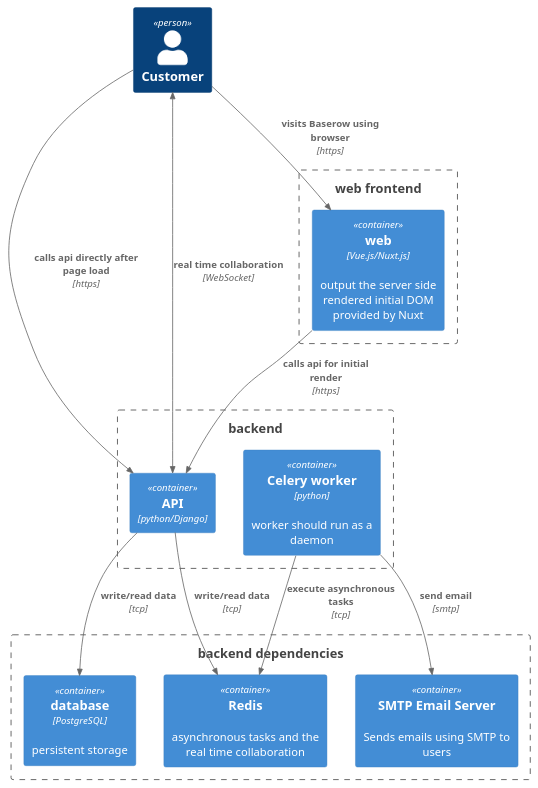
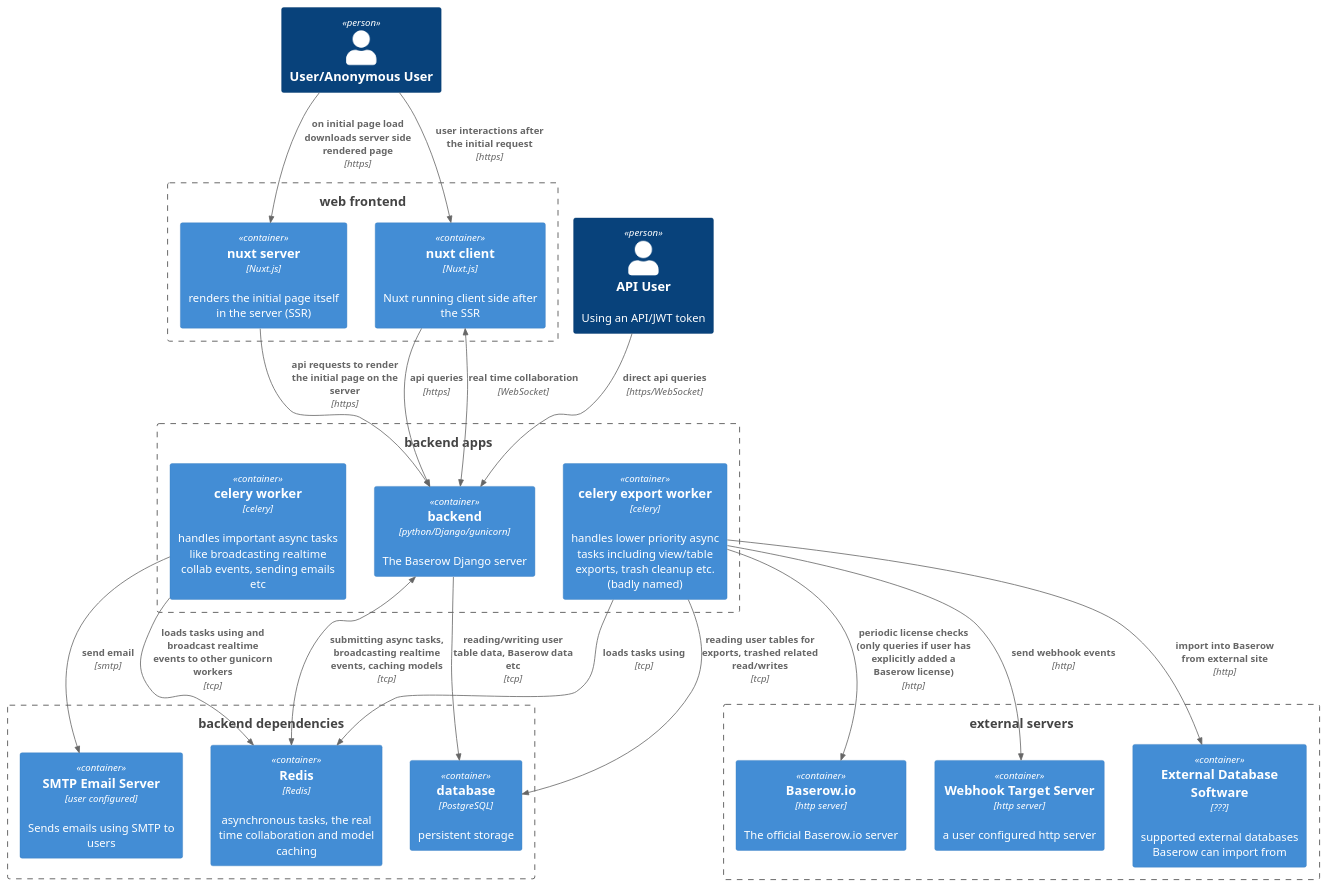
Before and after one commit to bram2w/baserow: the diagram in docs/assets/diagrams/server-architecture.puml, drawn with PlantUML. The commit also changed 1 other file, not shown here.

Commit message:
Update Baserow architecture diagrams

```diff
--- a/docs/assets/diagrams/server-architecture.puml
+++ b/docs/assets/diagrams/server-architecture.puml
@@ -1,30 +1,48 @@
 @startuml
 !includeurl https://raw.githubusercontent.com/RicardoNiepel/C4-PlantUML/master/C4_Container.puml
 ' Visit http://www.plantuml.com/ and paste in this document to edit and re-render.
 
-Person(customer, "Customer")
+Person(customer, "User/Anonymous User")
+Person(apicustomer, "API User", "Using an API/JWT token")
 
-
-Boundary(boundary0, "backend") {
-    Container(api, "API", "python/Django", "")
-    Container(worker, "Celery worker", "python", "worker should run as a daemon")
+Boundary(boundary0, "backend apps") {
+    Container(api, "backend", "python/Django/gunicorn", "The Baserow Django server")
+    Container(worker, "celery worker", "celery", "handles important async tasks like broadcasting realtime collab events, sending emails etc")
+    Container(export_worker, "celery export worker", "celery", "handles lower priority async tasks including view/table exports, trash cleanup etc. (badly named)")
 }
 Boundary(boundary1, "web frontend") {
-    Container(webfrontend, "web", "Vue.js/Nuxt.js", "output the server side rendered initial DOM provided by Nuxt")
+    Container(webfrontend_server, "nuxt server", "Nuxt.js", "renders the initial page itself in the server (SSR)")
+    Container(webfrontend_client, "nuxt client", "Nuxt.js", "Nuxt running client side after the SSR")
 }
 Boundary(boundary2, "backend dependencies") {
     Container(db, "database", "PostgreSQL", "persistent storage")
-    Container(redis, "Redis", "", "asynchronous tasks and the real time collaboration")
-    Container(smtp_server, "SMTP Email Server", "", "Sends emails using SMTP to users")
+    Container(redis, "Redis", "Redis", "asynchronous tasks, the real time collaboration and model caching")
+    Container(smtp_server, "SMTP Email Server", "user configured", "Sends emails using SMTP to users")
+}
+Boundary(boundary3, "external servers") {
+    Container(webhook_http_target_server, "Webhook Target Server", "http server", "a user configured http server")
+    Container(external_data_source, "External Database Software", "???", "supported external databases Baserow can import from")
+    Container(baserow_io, "Baserow.io", "http server", "The official Baserow.io server")
 }
 
 
-Rel(customer, webfrontend, "visits Baserow using browser", "https")
-Rel(webfrontend, api, "calls api for initial render", "https")
-Rel(customer, api, "calls api directly after page load", "https")
-Rel(api, db, "write/read data", "tcp")
-Rel(api, redis, "write/read data", "tcp")
-Rel(worker, redis, "execute asynchronous tasks", "tcp")
+
+Rel(customer, webfrontend_server, "on initial page load downloads server side rendered page", "https")
+Rel(webfrontend_server, api, "api requests to render the initial page on the server", "https")
+Rel(customer, webfrontend_client, "user interactions after the initial request", "https")
+
+Rel(webfrontend_client, api, "api queries", "https")
+BiRel(webfrontend_client, api, "real time collaboration", "WebSocket")
+
+Rel(apicustomer, api, "direct api queries", "https/WebSocket")
+
+Rel(api, db, "reading/writing user table data, Baserow data etc", "tcp")
+BiRel(api, redis, "submitting async tasks, broadcasting realtime events, caching models", "tcp")
+Rel(worker, redis, "loads tasks using and broadcast realtime events to other gunicorn workers", "tcp")
+Rel(export_worker, redis, "loads tasks using", "tcp")
+Rel(export_worker, db, "reading user tables for exports, trashed related read/writes", "tcp")
 Rel(worker, smtp_server, "send email", "smtp")
-BiRel(customer, api, "real time collaboration", "WebSocket")
+Rel(export_worker, webhook_http_target_server, "send webhook events", "http")
+Rel(export_worker, external_data_source, "import into Baserow from external site", "http")
+Rel(export_worker, baserow_io, "periodic license checks (only queries if user has explicitly added a Baserow license)", "http")
 @enduml
```
